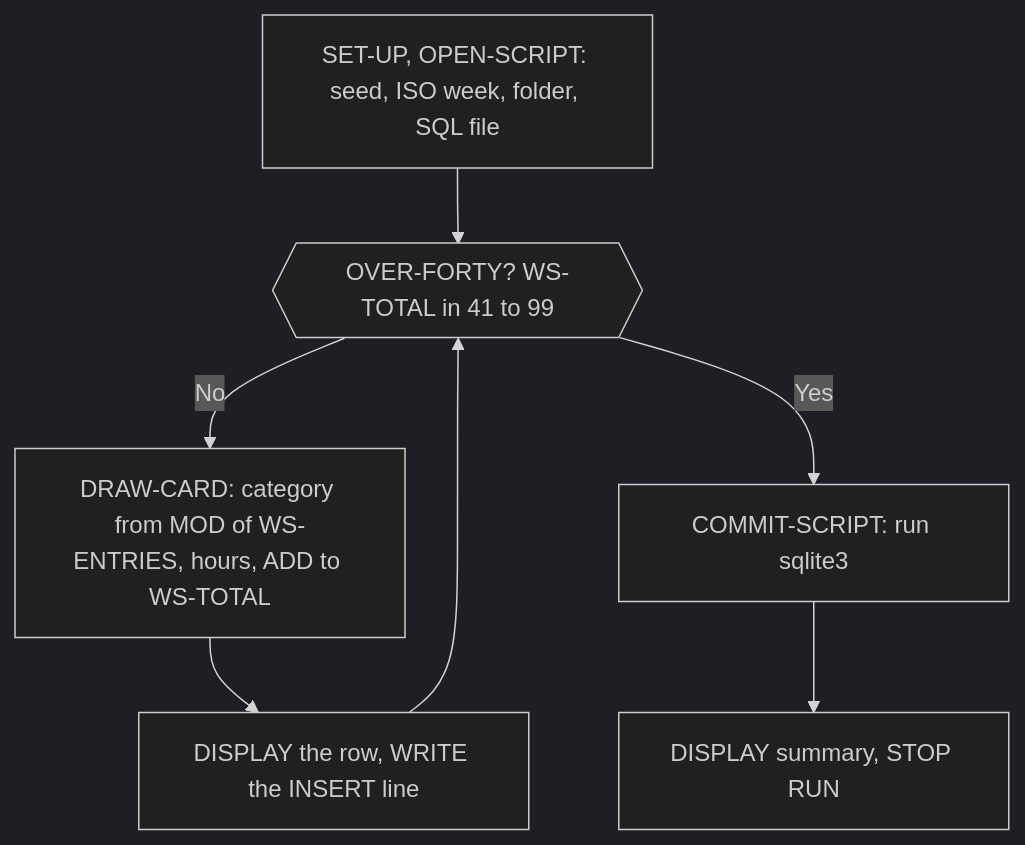
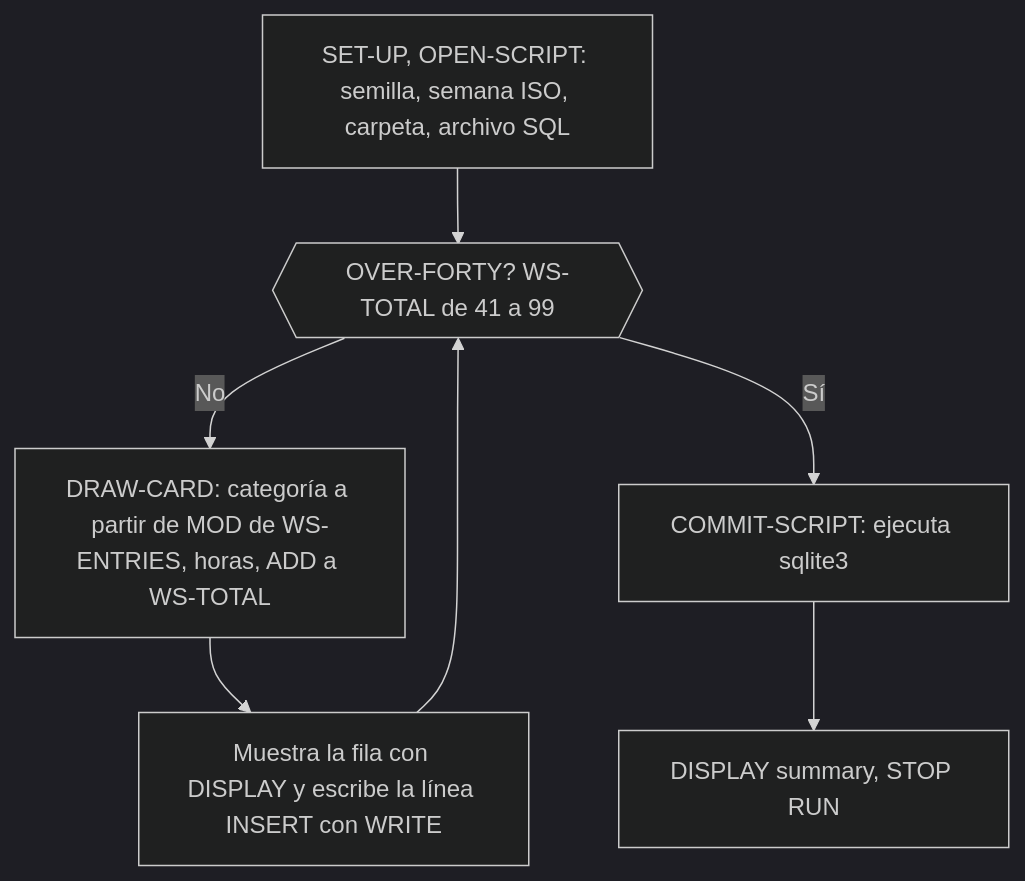
The diagram in src/cobol/README.md (dullroar/aprende-a-programar-como-un-bicho-raro), drawn with Mermaid (dark theme) before and after one commit. The commit also changed other lines of this file and 15 other files, not shown here.

````diff
--- a/src/cobol/README.md
+++ b/src/cobol/README.md
@@ -47,11 +47,11 @@
 ```mermaid
 flowchart TD
-    accTitle: cobol: PERFORM UNTIL with the stop rule declared as data
-    accDescr: A flowchart. Set-up and open-script run once. Then PERFORM DRAW-CARD repeats until the 88-level condition OVER-FORTY, declared on WS-TOTAL, is true. Each pass draws a card, adds its hours to the total, prints the row and writes an INSERT line. When OVER-FORTY is true the loop ends, the script is committed with sqlite3, and the run stops.
-    A["SET-UP, OPEN-SCRIPT: seed, ISO week, folder, SQL file"] --> B{{"OVER-FORTY? WS-TOTAL in 41 to 99"}}
-    B -->|No| C["DRAW-CARD: category from MOD of WS-ENTRIES, hours, ADD to WS-TOTAL"]
-    C --> D["DISPLAY the row, WRITE the INSERT line"]
+    accTitle: cobol: PERFORM UNTIL con la regla de parada declarada como datos
+    accDescr: Un diagrama de flujo. Set-up y open-script se ejecutan una sola vez. Después, PERFORM DRAW-CARD se repite hasta que la condición de nivel 88 OVER-FORTY, declarada sobre WS-TOTAL, sea verdadera. Cada pasada toma una tarjeta, suma sus horas al total, imprime la fila y escribe una línea INSERT. Cuando OVER-FORTY es verdadera, el bucle termina, el script se confirma con sqlite3 y la ejecución se detiene.
+    A["SET-UP, OPEN-SCRIPT: semilla, semana ISO, carpeta, archivo SQL"] --> B{{"OVER-FORTY? WS-TOTAL de 41 a 99"}}
+    B -->|No| C["DRAW-CARD: categoría a partir de MOD de WS-ENTRIES, horas, ADD a WS-TOTAL"]
+    C --> D["Muestra la fila con DISPLAY y escribe la línea INSERT con WRITE"]
     D --> B
-    B -->|Yes| E["COMMIT-SCRIPT: run sqlite3"]
+    B -->|Sí| E["COMMIT-SCRIPT: ejecuta sqlite3"]
     E --> F["DISPLAY summary, STOP RUN"]
 ```
````
